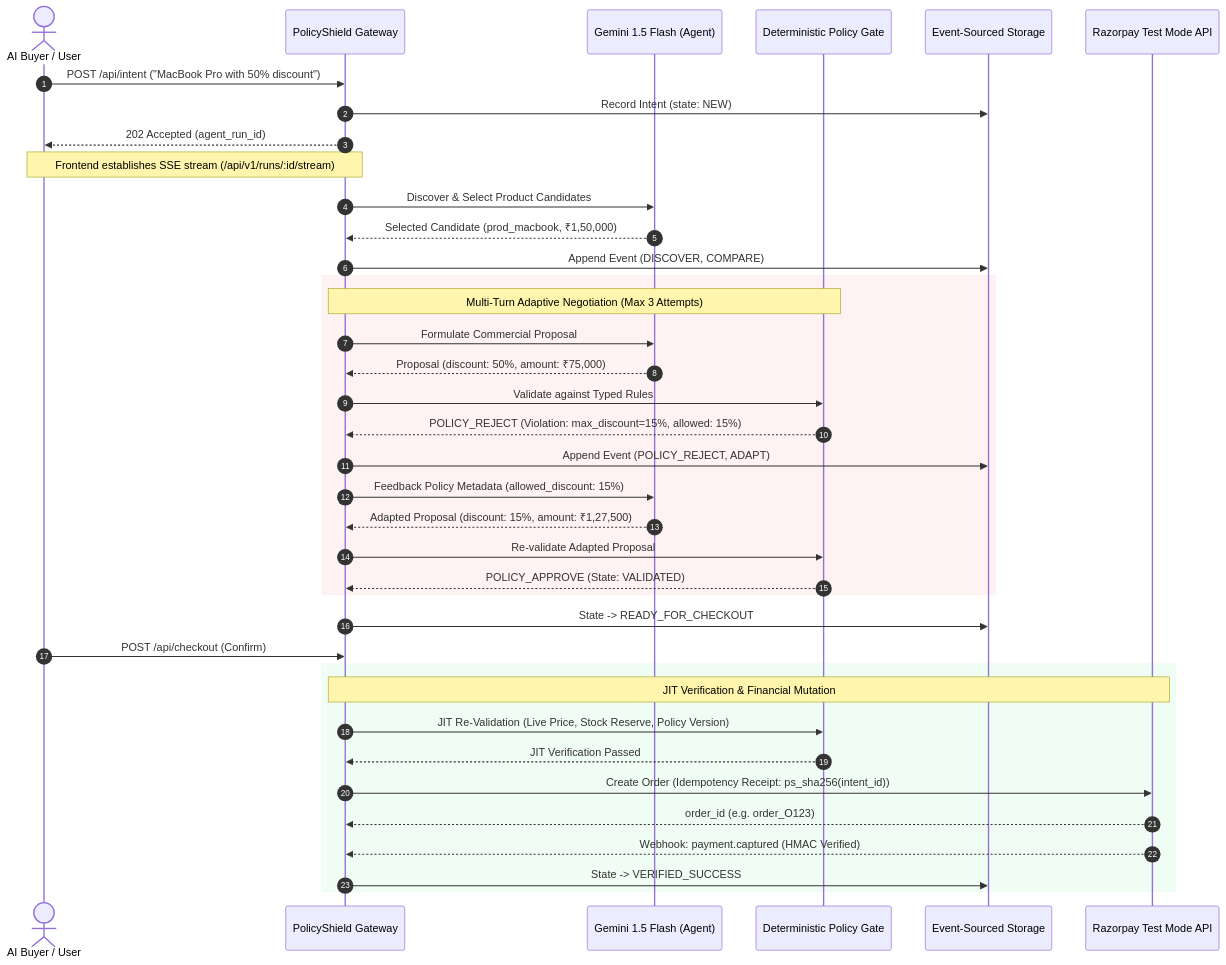
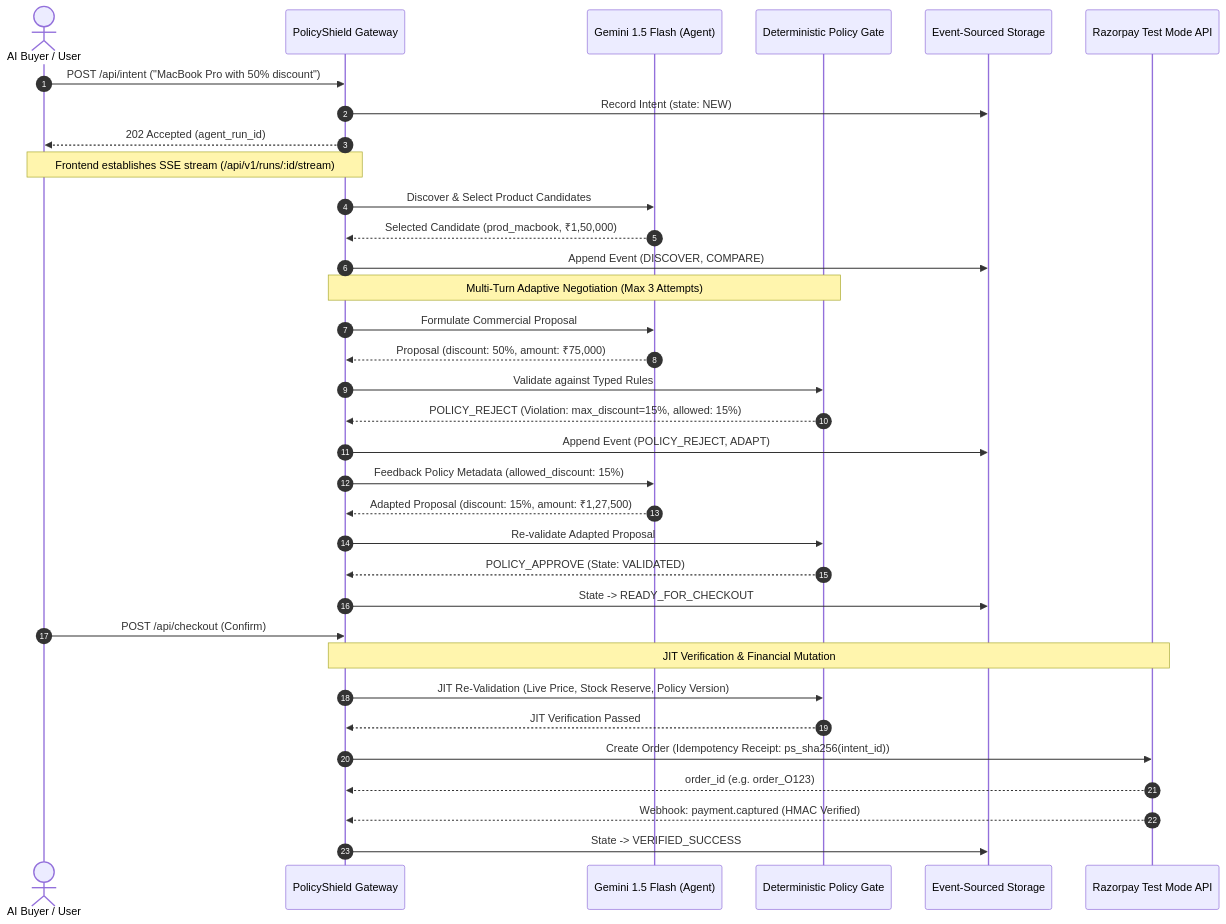
The third of 5 diagrams in docs/ARCHITECTURE.md (Tanish9022/PolicyShield), drawn with Mermaid before and after one commit. The commit also changed 7 other files, not shown here.

Commit message:
fix(core): generate razorpay orders on approval/checkout, make web ui responsive, style architecture diagrams for dark mode, and polish standalone product readme

````diff
--- a/docs/ARCHITECTURE.md
+++ b/docs/ARCHITECTURE.md
@@ -149,45 +149,41 @@
 ```mermaid
 sequenceDiagram
     autonumber
     actor Buyer as AI Buyer / User
     participant Gateway as PolicyShield Gateway
     participant Gemini as Gemini 1.5 Flash (Agent)
     participant Gate as Deterministic Policy Gate
     participant DB as Event-Sourced Storage
     participant Razorpay as Razorpay Test Mode API
 
     Buyer->>Gateway: POST /api/intent ("MacBook Pro with 50% discount")
     Gateway->>DB: Record Intent (state: NEW)
     Gateway-->>Buyer: 202 Accepted (agent_run_id)
     Note over Buyer,Gateway: Frontend establishes SSE stream (/api/v1/runs/:id/stream)
 
     Gateway->>Gemini: Discover & Select Product Candidates
     Gemini-->>Gateway: Selected Candidate (prod_macbook, ₹1,50,000)
     Gateway->>DB: Append Event (DISCOVER, COMPARE)
 
-    rect rgb(254, 242, 242)
-        Note over Gateway,Gate: Multi-Turn Adaptive Negotiation (Max 3 Attempts)
-        Gateway->>Gemini: Formulate Commercial Proposal
-        Gemini-->>Gateway: Proposal (discount: 50%, amount: ₹75,000)
-        Gateway->>Gate: Validate against Typed Rules
-        Gate-->>Gateway: POLICY_REJECT (Violation: max_discount=15%, allowed: 15%)
-        Gateway->>DB: Append Event (POLICY_REJECT, ADAPT)
-        Gateway->>Gemini: Feedback Policy Metadata (allowed_discount: 15%)
-        Gemini-->>Gateway: Adapted Proposal (discount: 15%, amount: ₹1,27,500)
-        Gateway->>Gate: Re-validate Adapted Proposal
-        Gate-->>Gateway: POLICY_APPROVE (State: VALIDATED)
-    end
+    Note over Gateway,Gate: Multi-Turn Adaptive Negotiation (Max 3 Attempts)
+    Gateway->>Gemini: Formulate Commercial Proposal
+    Gemini-->>Gateway: Proposal (discount: 50%, amount: ₹75,000)
+    Gateway->>Gate: Validate against Typed Rules
+    Gate-->>Gateway: POLICY_REJECT (Violation: max_discount=15%, allowed: 15%)
+    Gateway->>DB: Append Event (POLICY_REJECT, ADAPT)
+    Gateway->>Gemini: Feedback Policy Metadata (allowed_discount: 15%)
+    Gemini-->>Gateway: Adapted Proposal (discount: 15%, amount: ₹1,27,500)
+    Gateway->>Gate: Re-validate Adapted Proposal
+    Gate-->>Gateway: POLICY_APPROVE (State: VALIDATED)
 
     Gateway->>DB: State -> READY_FOR_CHECKOUT
     Buyer->>Gateway: POST /api/checkout (Confirm)
 
-    rect rgb(240, 253, 244)
-        Note over Gateway,Razorpay: JIT Verification & Financial Mutation
-        Gateway->>Gate: JIT Re-Validation (Live Price, Stock Reserve, Policy Version)
-        Gate-->>Gateway: JIT Verification Passed
-        Gateway->>Razorpay: Create Order (Idempotency Receipt: ps_sha256(intent_id))
-        Razorpay-->>Gateway: order_id (e.g. order_O123)
-        Razorpay-->>Gateway: Webhook: payment.captured (HMAC Verified)
-        Gateway->>DB: State -> VERIFIED_SUCCESS
-    end
+    Note over Gateway,Razorpay: JIT Verification & Financial Mutation
+    Gateway->>Gate: JIT Re-Validation (Live Price, Stock Reserve, Policy Version)
+    Gate-->>Gateway: JIT Verification Passed
+    Gateway->>Razorpay: Create Order (Idempotency Receipt: ps_sha256(intent_id))
+    Razorpay-->>Gateway: order_id (e.g. order_O123)
+    Razorpay-->>Gateway: Webhook: payment.captured (HMAC Verified)
+    Gateway->>DB: State -> VERIFIED_SUCCESS
 ```
````
